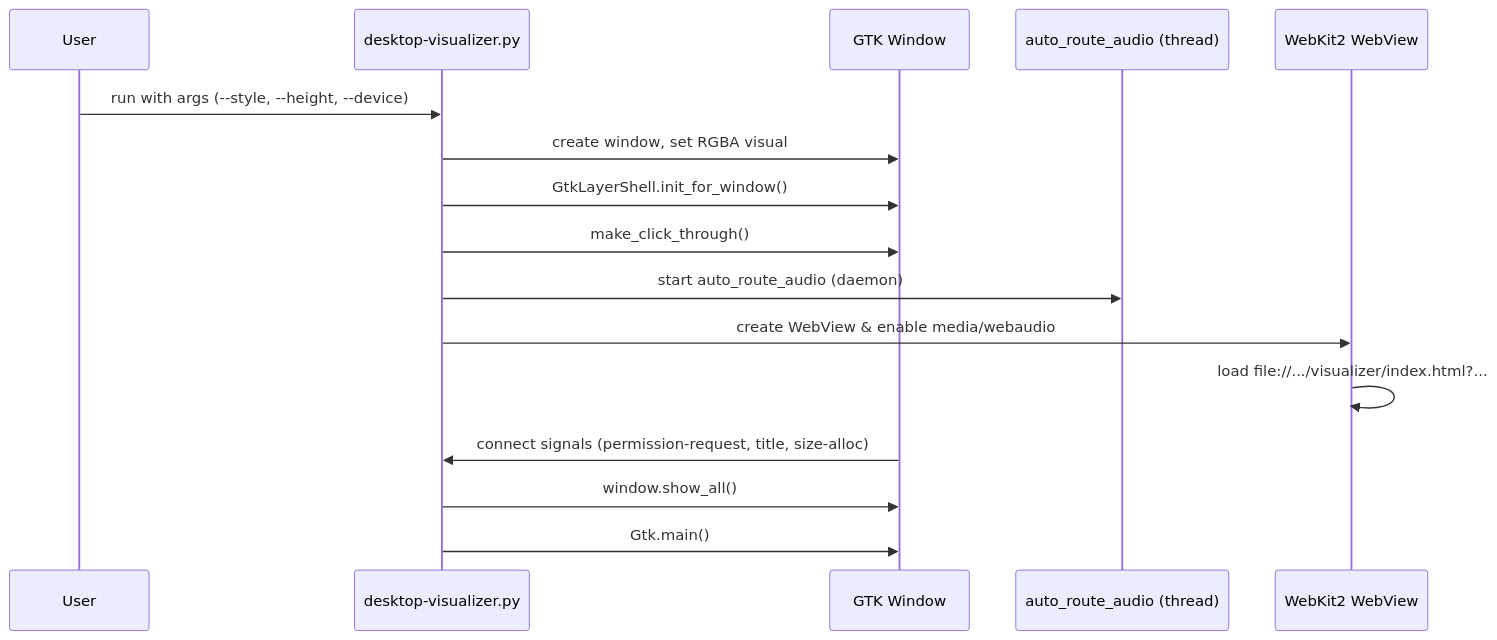
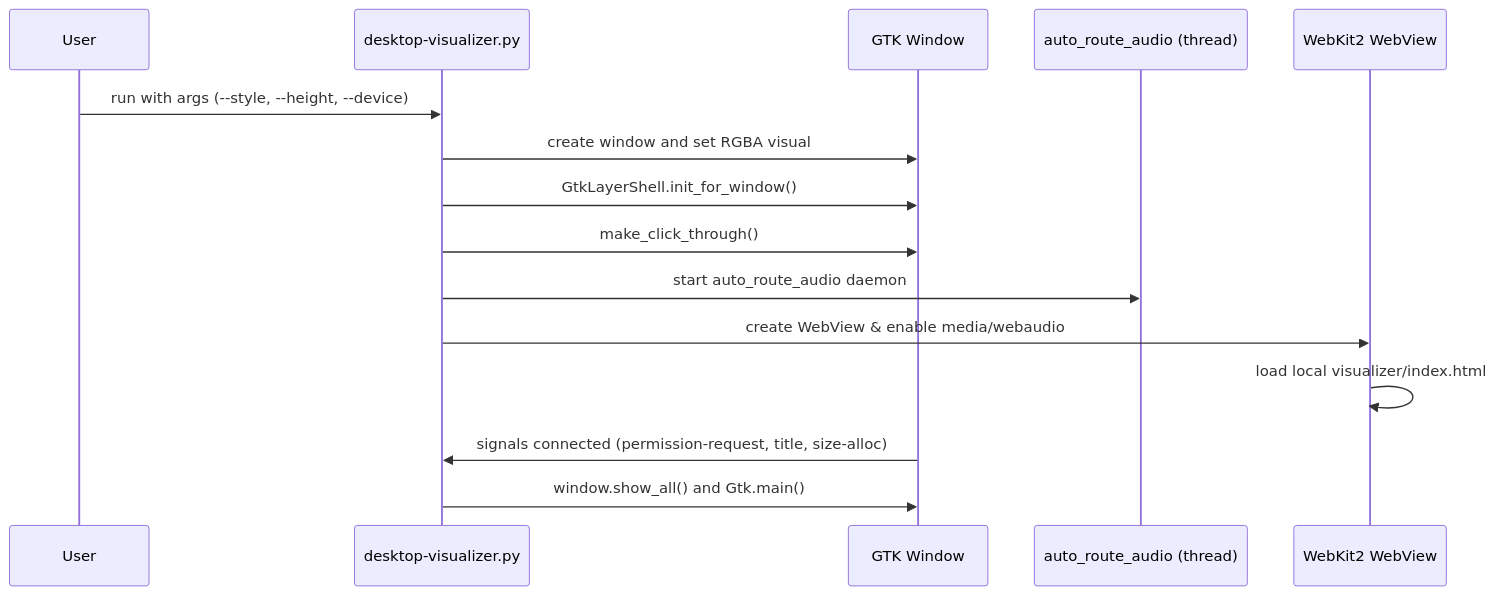
Before and after one commit to mgantlett/nix-audio-visualizer: the second of 5 diagrams in docs/architecture.md, drawn with Mermaid. The commit also changed other lines of this file, not shown here.

Commit message:
Fix Mermaid labels to avoid parser issues (docs/architecture.md)

````diff
--- a/docs/architecture.md
+++ b/docs/architecture.md
@@ -27,19 +27,18 @@
 ```mermaid
 sequenceDiagram
   participant User
   participant CLI as desktop-visualizer.py
   participant GTK as GTK Window
   participant Thread as auto_route_audio (thread)
   participant WebView as WebKit2 WebView
 
   User->>CLI: run with args (--style, --height, --device)
-  CLI->>GTK: create window, set RGBA visual
+  CLI->>GTK: create window and set RGBA visual
   CLI->>GTK: GtkLayerShell.init_for_window()
   CLI->>GTK: make_click_through()
-  CLI->>Thread: start auto_route_audio (daemon)
+  CLI->>Thread: start auto_route_audio daemon
   CLI->>WebView: create WebView & enable media/webaudio
-  WebView->>WebView: load file://.../visualizer/index.html?...
-  GTK->>CLI: connect signals (permission-request, title, size-alloc)
-  CLI->>GTK: window.show_all()
-  CLI->>GTK: Gtk.main()
+  WebView->>WebView: load local visualizer/index.html
+  GTK->>CLI: signals connected (permission-request, title, size-alloc)
+  CLI->>GTK: window.show_all() and Gtk.main()
 ```
````
